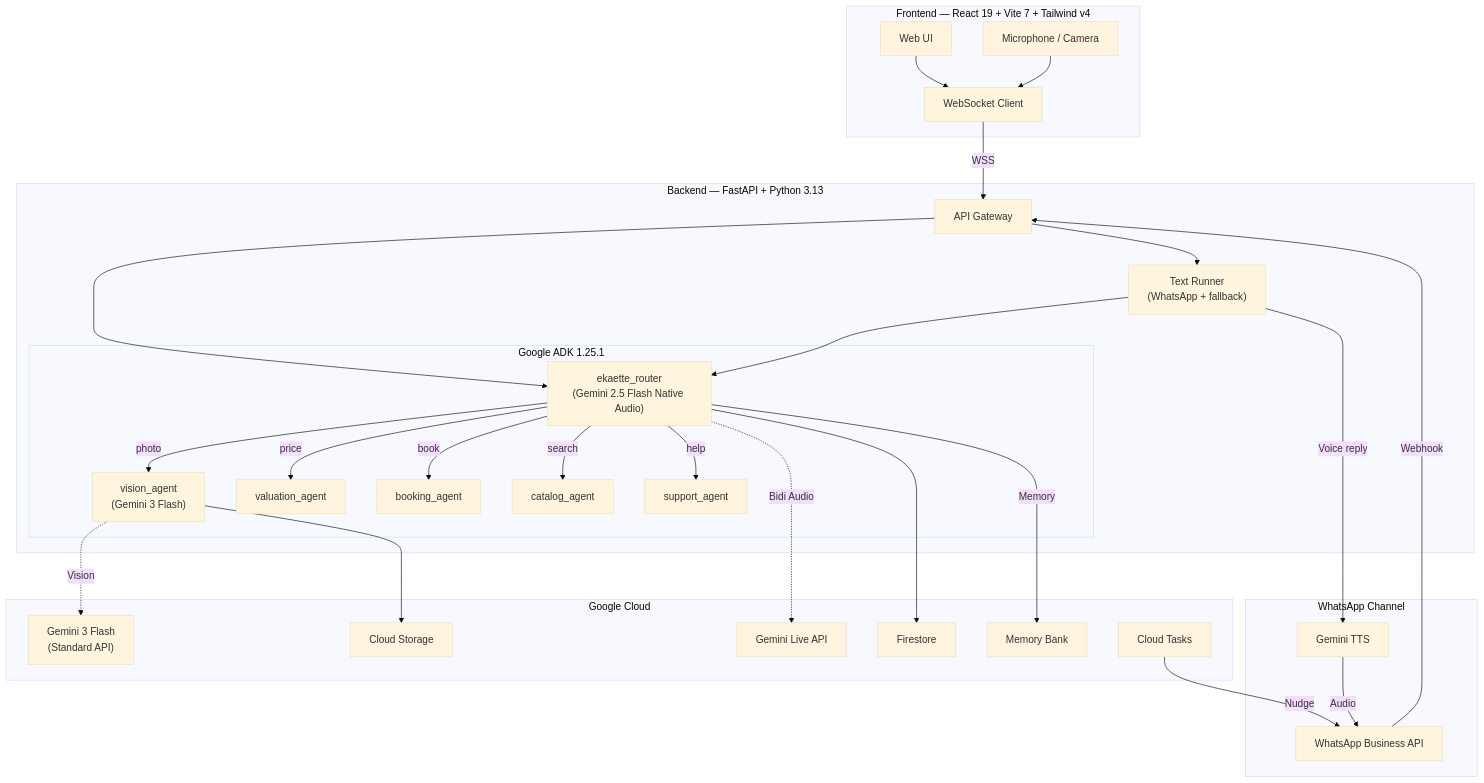
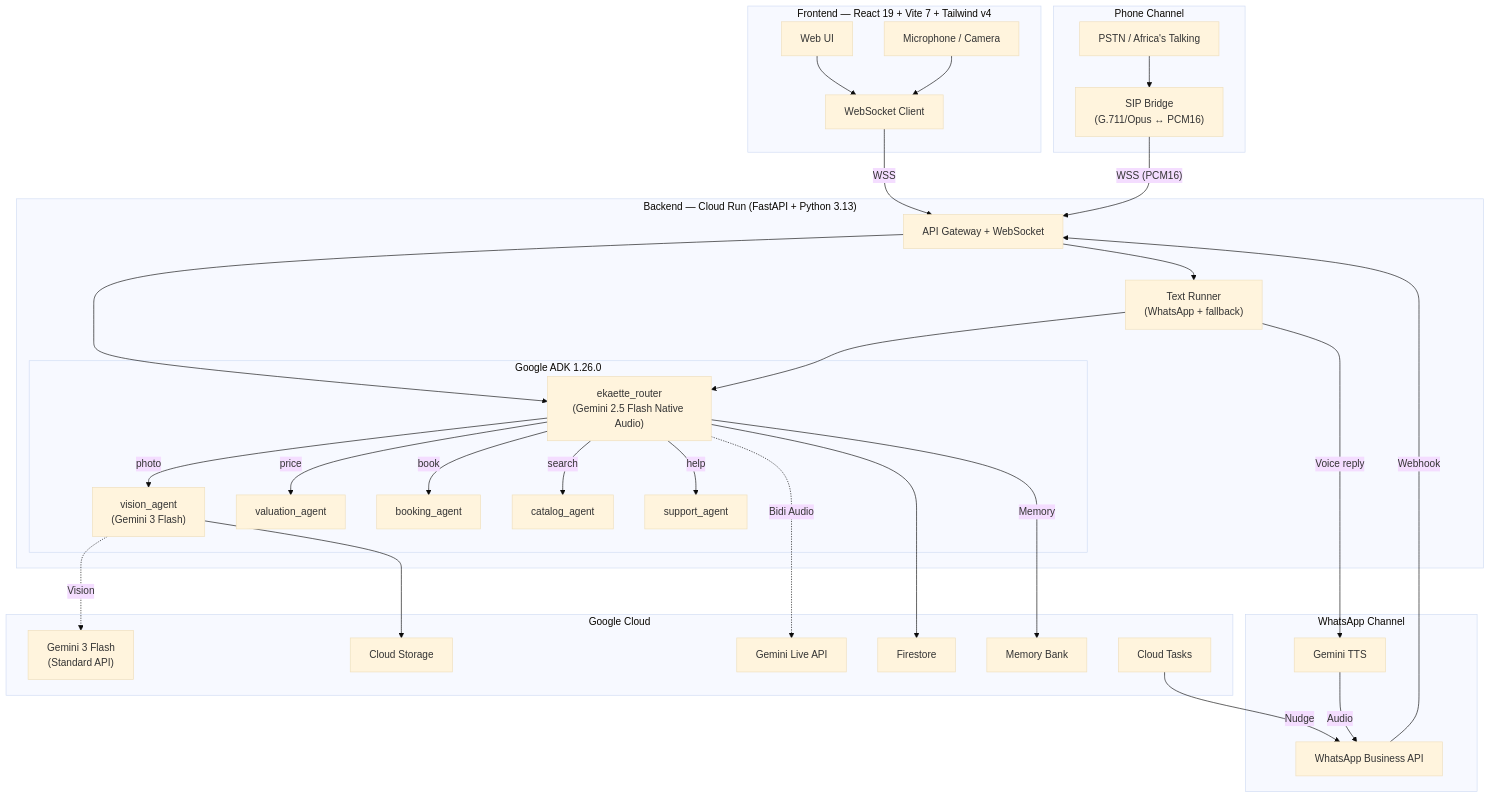
The diagram in README.md (ogabasseyy/ekaette), drawn with Mermaid (base theme) before and after one commit. The commit also changed other lines of this file and 32 other files, not shown here.

First line of the commit message:
Single AI Brain: SIP bridge gateway mode routes through Cloud Run ADK

````diff
--- a/README.md
+++ b/README.md
@@ -60,56 +61,63 @@
 ```mermaid
 graph TB
     subgraph "Frontend — React 19 + Vite 7 + Tailwind v4"
         UI["Web UI"]
         WS["WebSocket Client"]
         MIC["Microphone / Camera"]
     end
 
     subgraph "WhatsApp Channel"
         WA["WhatsApp Business API"]
         TTS["Gemini TTS"]
     end
 
-    subgraph "Backend — FastAPI + Python 3.13"
-        GW["API Gateway"]
-        subgraph "Google ADK 1.25.1"
+    subgraph "Phone Channel"
+        PHONE["PSTN / Africa's Talking"]
+        SIP_B["SIP Bridge<br/>(G.711/Opus ↔ PCM16)"]
+    end
+
+    subgraph "Backend — Cloud Run (FastAPI + Python 3.13)"
+        GW["API Gateway + WebSocket"]
+        subgraph "Google ADK 1.26.0"
             ROOT["ekaette_router<br/>(Gemini 2.5 Flash Native Audio)"]
             VA["vision_agent<br/>(Gemini 3 Flash)"]
             VLA["valuation_agent"]
             BA["booking_agent"]
             CA["catalog_agent"]
             SA["support_agent"]
         end
         TR["Text Runner<br/>(WhatsApp + fallback)"]
     end
 
     subgraph "Google Cloud"
         LIVE["Gemini Live API"]
         G3F["Gemini 3 Flash<br/>(Standard API)"]
         FS["Firestore"]
         CS["Cloud Storage"]
         MB["Memory Bank"]
         CT["Cloud Tasks"]
     end
 
     UI --> WS
     MIC --> WS
     WS -->|"WSS"| GW
     WA -->|"Webhook"| GW
+    PHONE --> SIP_B
+    SIP_B -->|"WSS (PCM16)"| GW
     GW --> ROOT
     GW --> TR
     TR --> ROOT
     ROOT -->|"photo"| VA
     ROOT -->|"price"| VLA
     ROOT -->|"book"| BA
     ROOT -->|"search"| CA
     ROOT -->|"help"| SA
     ROOT -.->|"Bidi Audio"| LIVE
     VA -.->|"Vision"| G3F
     ROOT --> FS
     VA --> CS
     ROOT -->|"Memory"| MB
     TR -->|"Voice reply"| TTS
     TTS -->|"Audio"| WA
     CT -->|"Nudge"| WA
 ```
````
